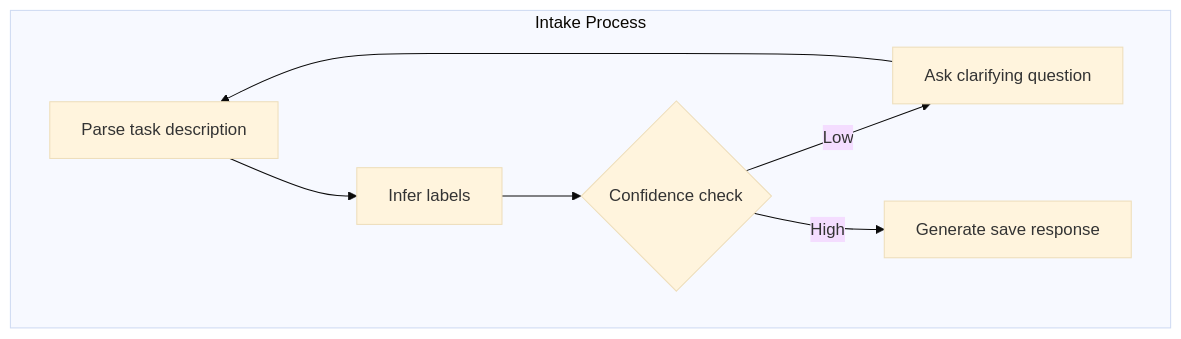
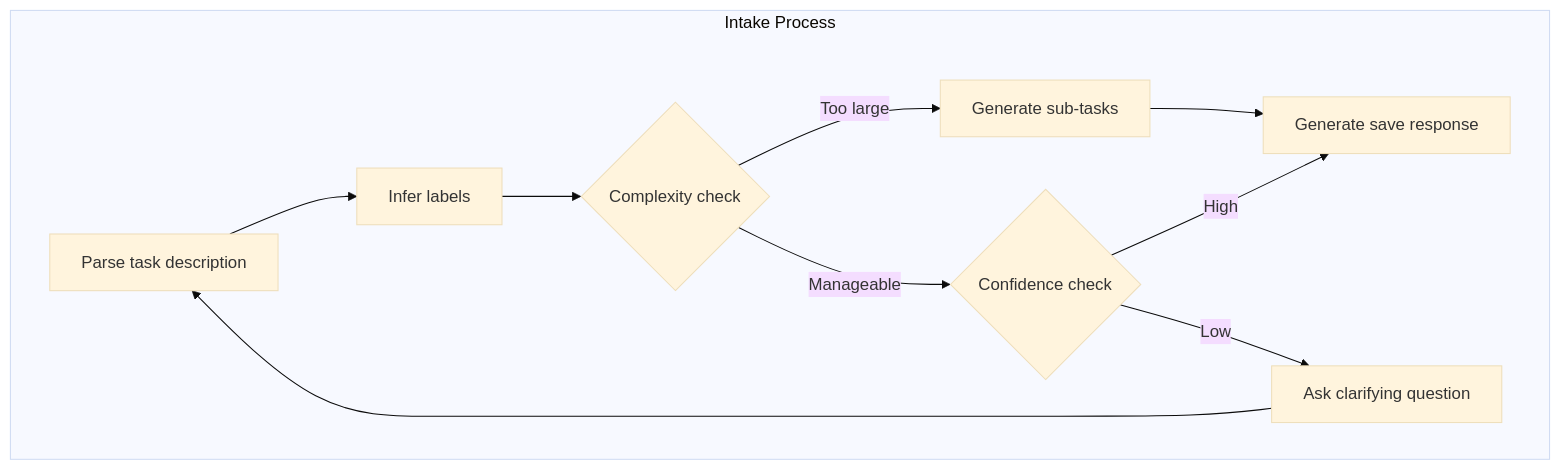
One commit to NickBorgers/hide-my-list changed the third of 19 diagrams in docs/ai-prompts.md. Above: the diagram before and after it, drawn with Mermaid (base theme). The commit also changed other lines of this file and 4 other files, not shown here.

````diff
--- a/docs/ai-prompts.md
+++ b/docs/ai-prompts.md
@@ -113,16 +118,21 @@
 ```mermaid
 flowchart TD
     subgraph Process["Intake Process"]
         Parse[Parse task description]
         Infer[Infer labels]
+        Complexity{Complexity check}
+        Breakdown[Generate sub-tasks]
         Confidence{Confidence check}
         Ask[Ask clarifying question]
         Save[Generate save response]
     end
 
     Parse --> Infer
-    Infer --> Confidence
+    Infer --> Complexity
+    Complexity -->|Too large| Breakdown
+    Complexity -->|Manageable| Confidence
+    Breakdown --> Save
     Confidence -->|Low| Ask
     Confidence -->|High| Save
     Ask --> Parse
 ```
````
